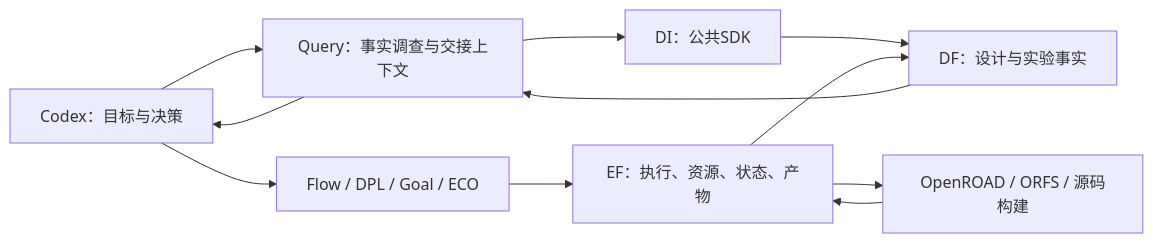
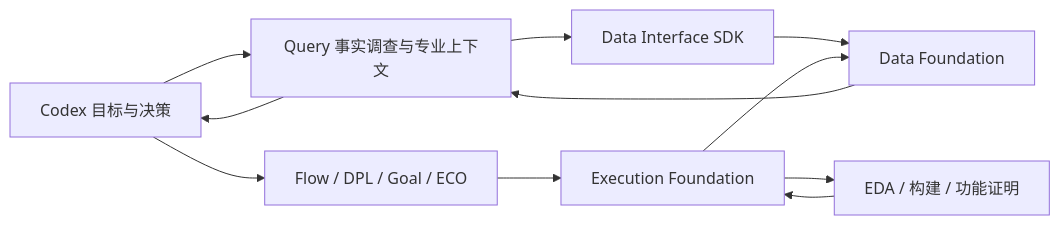
One commit to CODA-Team/ChipEvolve changed the second of 2 diagrams in admin/INVITED_PAPER_RESULTS_20261020.md. Above: the diagram before and after it, drawn with Mermaid. The commit also changed other lines of this file and 5 other files, not shown here.

````diff
--- a/admin/INVITED_PAPER_RESULTS_20261020.md
+++ b/admin/INVITED_PAPER_RESULTS_20261020.md
@@ -75,13 +74,13 @@
 ```mermaid
 flowchart LR
- C[Codex：目标与决策] --> Q[Query：事实调查与交接上下文]
- Q --> DI[DI：公共SDK]
- DI --> DF[DF：设计与实验事实]
+ C[Codex 目标与决策] --> Q[Query 事实调查与专业上下文]
+ Q --> DI[Data Interface SDK]
+ DI --> DF[Data Foundation]
  C --> A[Flow / DPL / Goal / ECO]
- A --> EF[EF：执行、资源、状态、产物]
- EF --> T[OpenROAD / ORFS / 源码构建]
+ A --> EF[Execution Foundation]
+ EF --> T[EDA / 构建 / 功能证明]
  T --> EF
  EF --> DF
  DF --> Q
  Q --> C
 ```
````
